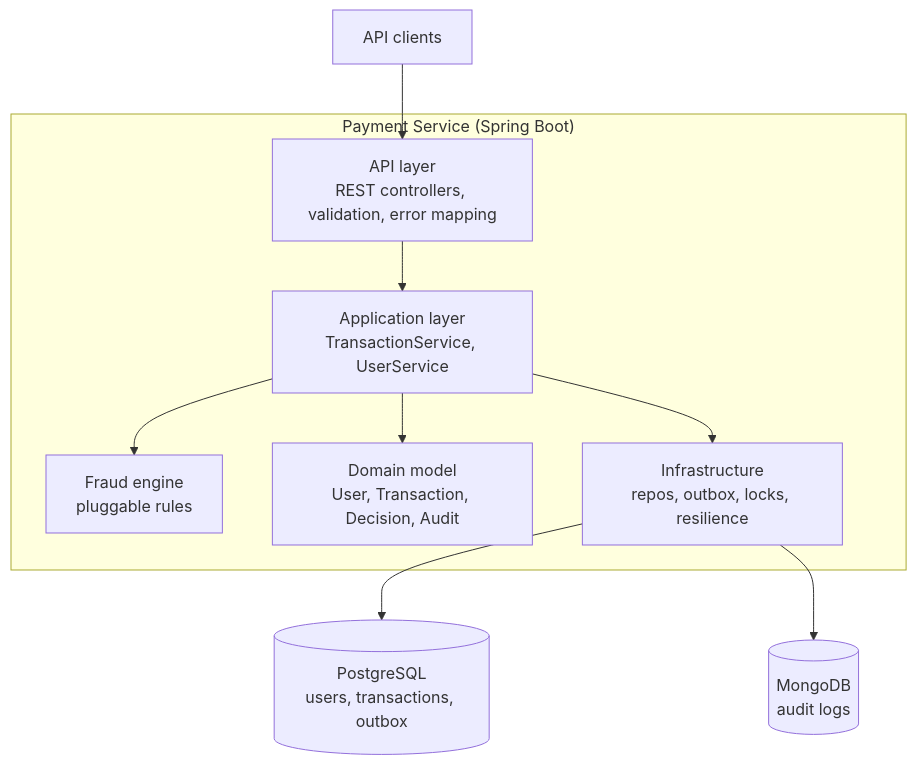
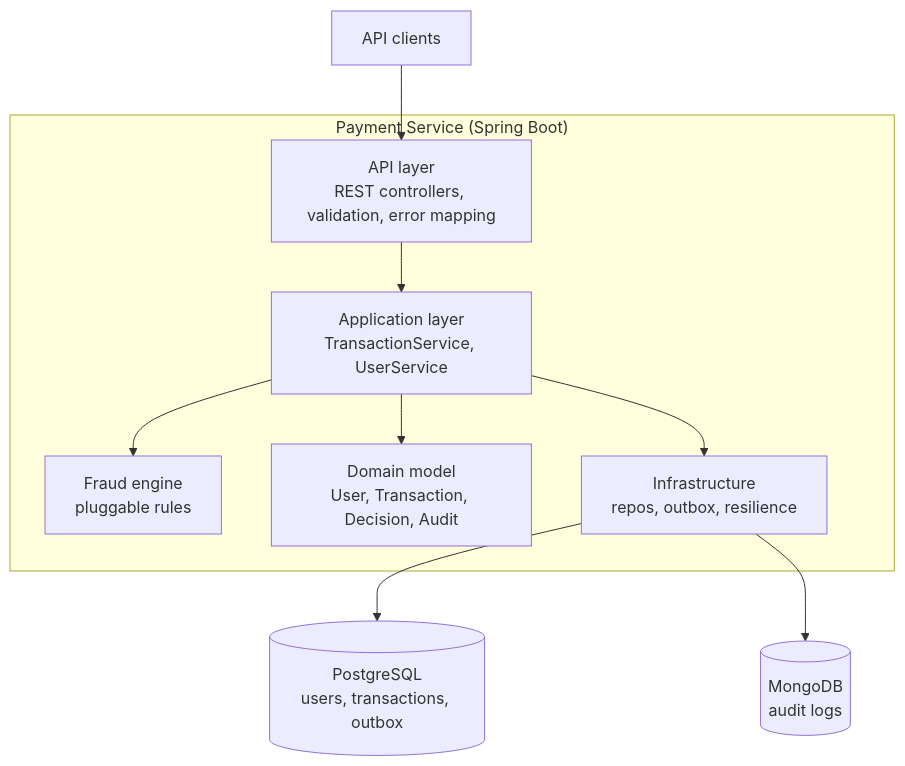
Before and after one commit to aaami1ster/payment-processing-system: the first of 7 diagrams in docs/system-design.md, drawn with Mermaid. The commit also changed other lines of this file, not shown here.

Commit message:
docs: update system design document to clarify architecture and assumptions for payment processing service

````diff
--- a/docs/system-design.md
+++ b/docs/system-design.md
@@ -46,23 +71,23 @@
 ```mermaid
 flowchart TB
     Client["API clients"]
 
     subgraph App["Payment Service (Spring Boot)"]
         API["API layer<br/>REST controllers, validation, error mapping"]
         AppSvc["Application layer<br/>TransactionService, UserService"]
         Fraud["Fraud engine<br/>pluggable rules"]
         Domain["Domain model<br/>User, Transaction, Decision, Audit"]
-        Infra["Infrastructure<br/>repos, outbox, locks, resilience"]
+        Infra["Infrastructure<br/>repos, outbox, resilience"]
     end
 
     PG[("PostgreSQL<br/>users, transactions, outbox")]
     Mongo[("MongoDB<br/>audit logs")]
 
     Client --> API
     API --> AppSvc
     AppSvc --> Fraud
     AppSvc --> Domain
     AppSvc --> Infra
     Infra --> PG
     Infra --> Mongo
 ```
````
